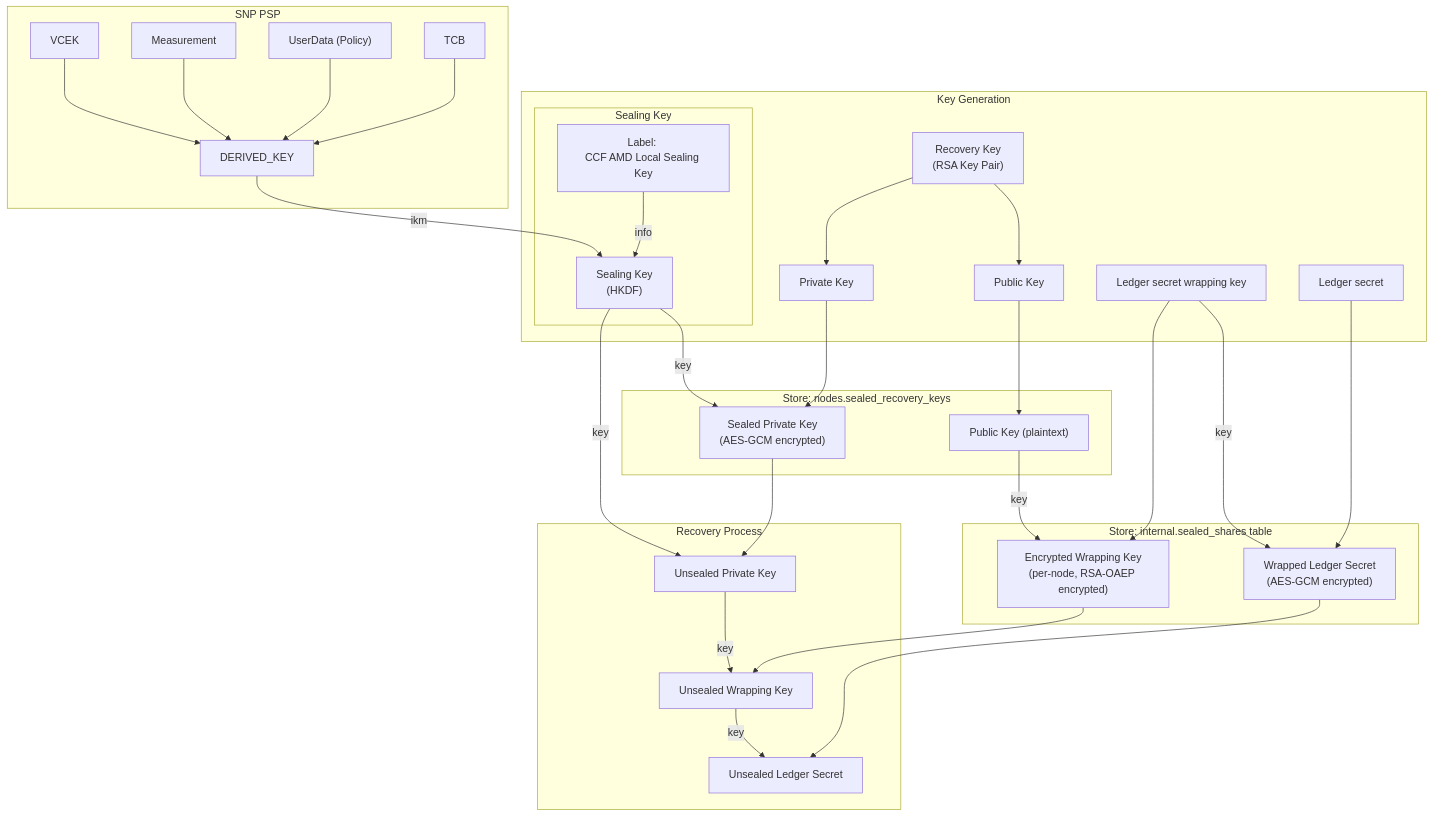
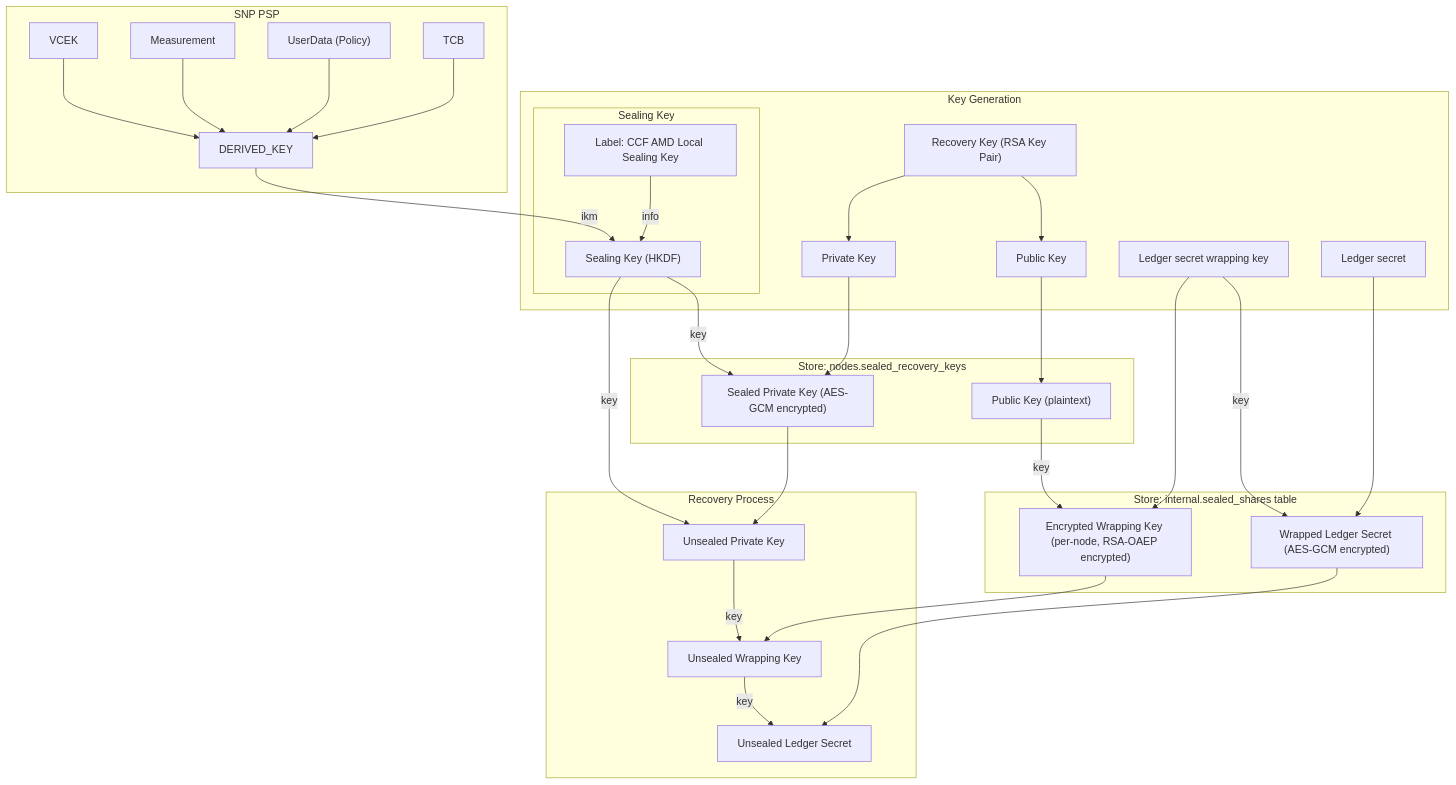
Before and after one commit to microsoft/CCF: the sixth of 6 diagrams in doc/operations/recovery.rst, drawn with Mermaid. The commit also changed 10 other files, not shown here.

First line of the commit message:
Refine documentation icons and diagram presentation

```diff
--- a/doc/operations/recovery.rst
+++ b/doc/operations/recovery.rst
@@ -252,67 +252,67 @@
 .. mermaid::
 
     flowchart TB
         subgraph SNP["SNP PSP"]
             DK["DERIVED_KEY"]
             VCEK
             Measurement
             Policy["UserData (Policy)"]
             TCB
 
             VCEK --> DK
             Measurement --> DK
             Policy --> DK            
             TCB --> DK
         end
 
         subgraph KG["Key Generation"]
             subgraph Sealing Key
-                SK["Sealing Key<br/>(HKDF)"]
-                Label["Label: <br/>CCF AMD Local Sealing Key"]
+                SK["Sealing Key (HKDF)"]
+                Label["Label: CCF AMD Local Sealing Key"]
                 DK -->|ikm| SK
                 Label -->|info| SK
             end
             
-            RSA["Recovery Key<br/>(RSA Key Pair)"]
+            RSA["Recovery Key (RSA Key Pair)"]
             PubKey["Public Key"]
             PrivKey["Private Key"]
             RSA --> PubKey
             RSA --> PrivKey
 
             LS["Ledger secret"]
             LSWK["Ledger secret wrapping key"]
         end
 
         subgraph Sealed["Store: nodes.sealed_recovery_keys"]
-            SPK["Sealed Private Key<br/>(AES-GCM encrypted)"]
+            SPK["Sealed Private Key (AES-GCM encrypted)"]
             SK -->|key| SPK
             PrivKey --> SPK
 
             StoredPubKey["Public Key (plaintext)"]
             PubKey --> StoredPubKey
         end
 
 
         subgraph Shares["Store: internal.sealed_shares table"]
-            WLS["Wrapped Ledger Secret<br/>(AES-GCM encrypted)"]
+            WLS["Wrapped Ledger Secret (AES-GCM encrypted)"]
             LSWK -->|key| WLS
             LS --> WLS
 
-            EWK["Encrypted Wrapping Key<br/>(per-node, RSA-OAEP encrypted)"]
+            EWK["Encrypted Wrapping Key (per-node, RSA-OAEP encrypted)"]
             StoredPubKey -->|key| EWK
             LSWK --> EWK
         end
 
         subgraph Recovery["Recovery Process"]
             UPK["Unsealed Private Key"]
             SK -->|key| UPK
             SPK --> UPK
 
             UWK["Unsealed Wrapping Key"]
             UPK -->|key| UWK
             EWK --> UWK
 
             ULS["Unsealed Ledger Secret"]
             UWK -->|key| ULS
             WLS --> ULS            
         end
```
